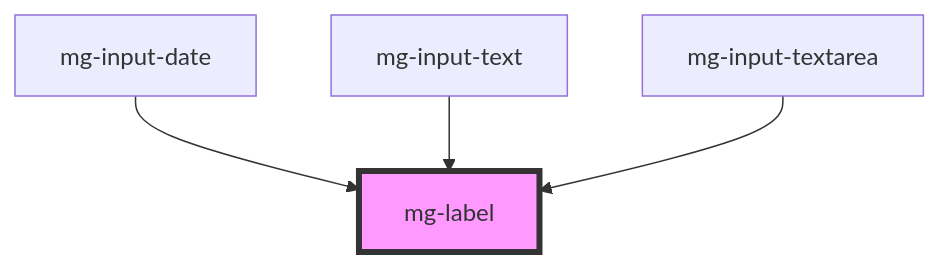
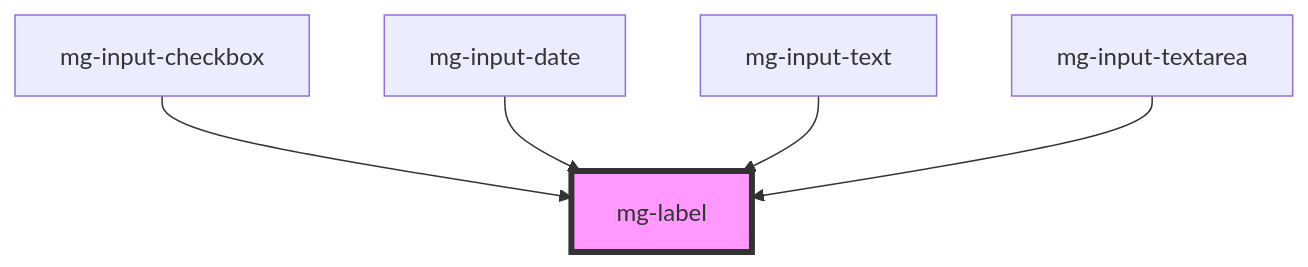
One commit to MGDIS/mg-components changed the diagram in src/components/atoms/mg-label/readme.md. Above: the diagram before and after it, drawn with Mermaid. The commit also changed other lines of this file and 14 other files, not shown here.

Commit message:
fix(mg-input-checkbox): use locale values on readonly component

````diff
--- a/src/components/atoms/mg-label/readme.md
+++ b/src/components/atoms/mg-label/readme.md
@@ -26,7 +27,8 @@
 ```mermaid
 graph TD;
+  mg-input-checkbox --> mg-label
   mg-input-date --> mg-label
   mg-input-text --> mg-label
   mg-input-textarea --> mg-label
   style mg-label fill:#f9f,stroke:#333,stroke-width:4px
 ```
````
